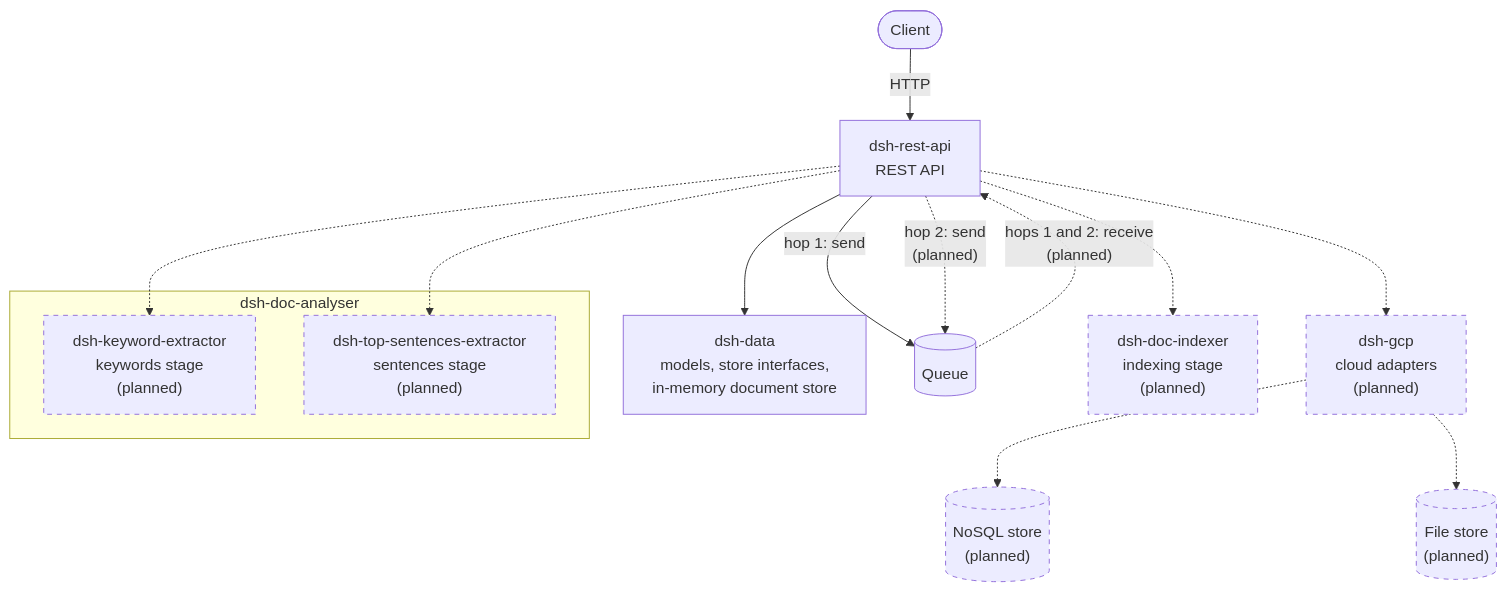
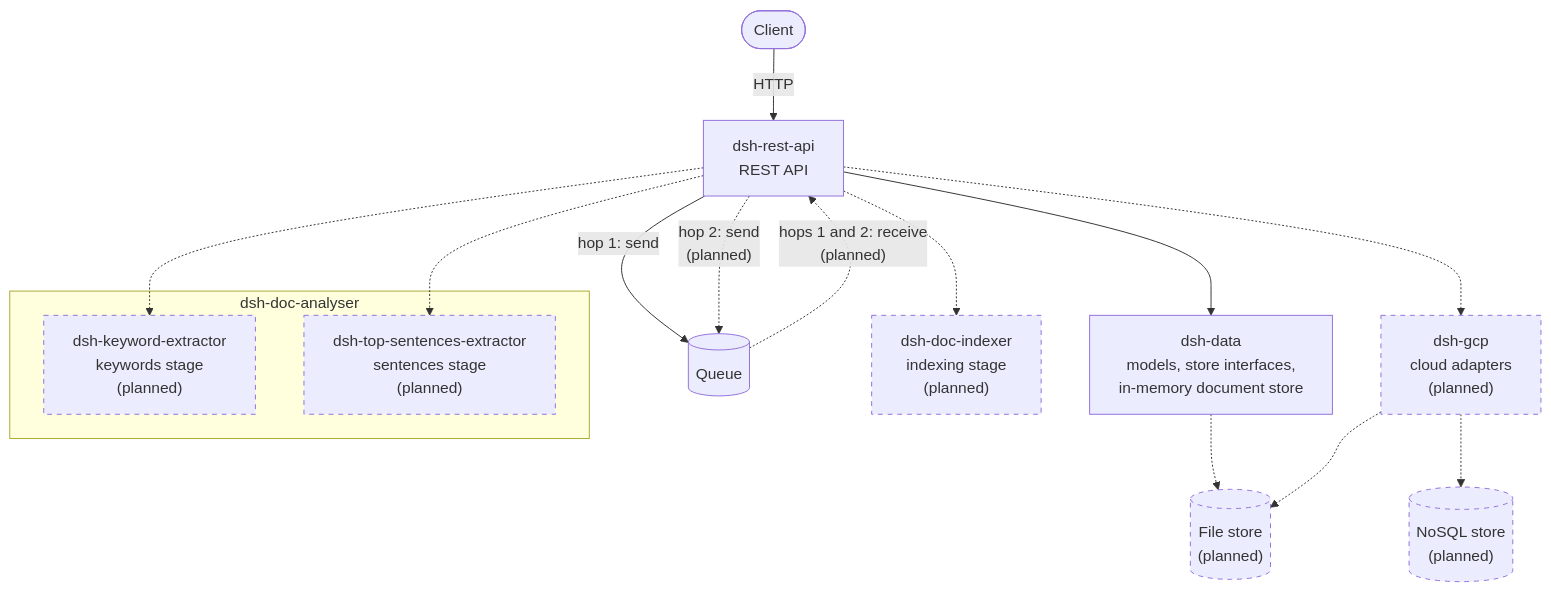
The diagram in docs/wiki/Architecture.md (MRISS-Projects/dsh), drawn with Mermaid before and after one commit. The commit also changed other lines of this file, not shown here.

First line of the commit message:
docs(#44): state ADR-003's failure rule and default file store on Architecture

````diff
--- a/docs/wiki/Architecture.md
+++ b/docs/wiki/Architecture.md
@@ -39,20 +40,21 @@
 ```mermaid
 flowchart TB
     client([Client]) -->|HTTP| rest["dsh-rest-api<br/>REST API"]
     rest --> data["dsh-data<br/>models, store interfaces,<br/>in-memory document store"]
     rest -->|"hop 1: send"| queue[(Queue)]
     queue -.->|"hops 1 and 2: receive<br/>(planned)"| rest
     rest -.->|"hop 2: send<br/>(planned)"| queue
     rest -.-> indexer["dsh-doc-indexer<br/>indexing stage<br/>(planned)"]
     subgraph analyser["dsh-doc-analyser"]
         keywords["dsh-keyword-extractor<br/>keywords stage<br/>(planned)"]
         sentences["dsh-top-sentences-extractor<br/>sentences stage<br/>(planned)"]
     end
     rest -.-> keywords
     rest -.-> sentences
+    data -.-> files[("File store<br/>(planned)")]
     rest -.-> provider["dsh-gcp<br/>cloud adapters<br/>(planned)"]
     provider -.-> nosql[("NoSQL store<br/>(planned)")]
-    provider -.-> files[("File store<br/>(planned)")]
+    provider -.-> files
     classDef planned stroke-dasharray: 5 5
     class indexer,keywords,sentences,provider,nosql,files planned
 ```
````
